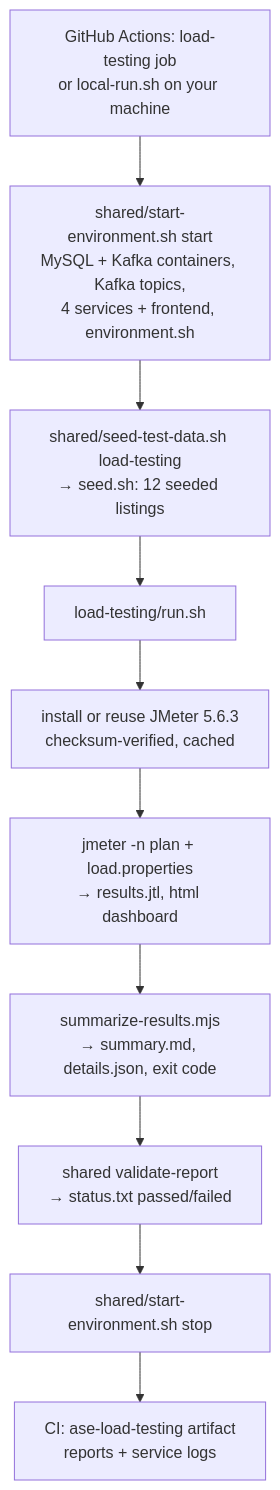
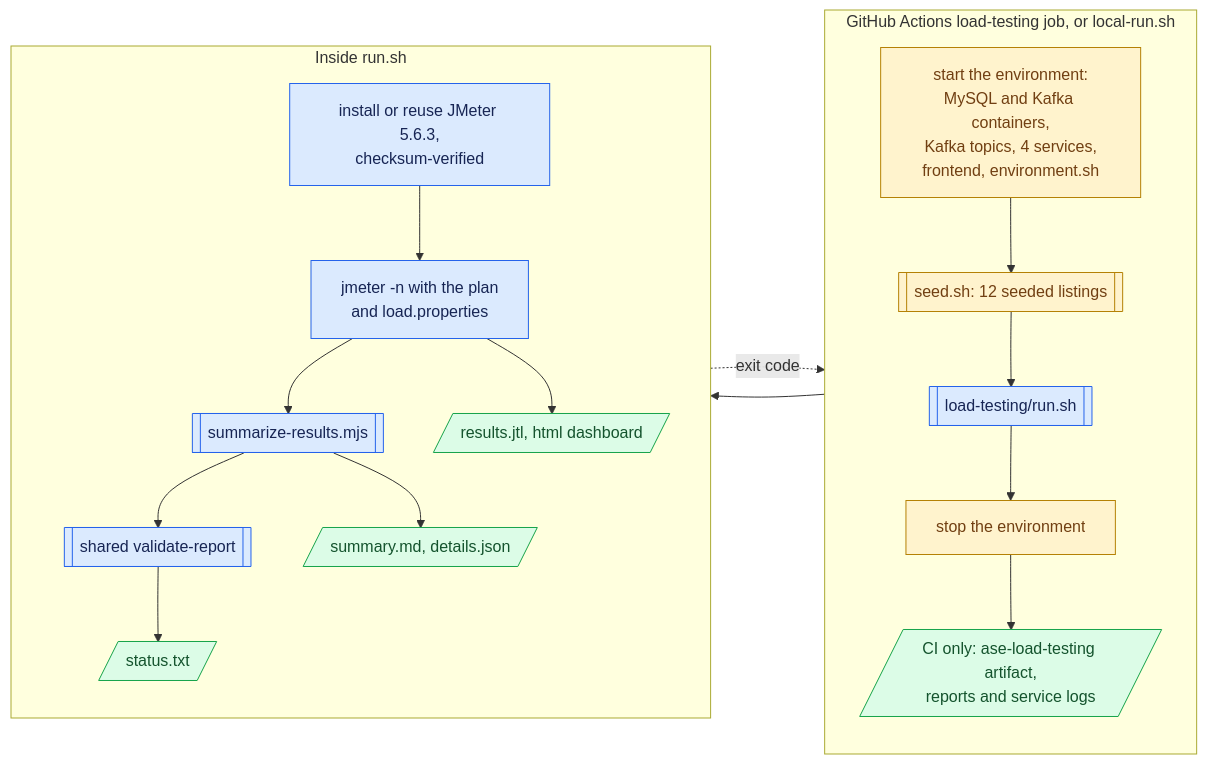
The fifth of 5 diagrams in testing-pipeline/load-testing/README.md (IT24103447/LostandFoundApp), drawn with Mermaid before and after one commit. The commit also changed other lines of this file, not shown here.

Commit message:
Rewrite the load-testing README for the extended plan: design rationale, output and report guide, diagrams

````diff
--- a/testing-pipeline/load-testing/README.md
+++ b/testing-pipeline/load-testing/README.md
@@ -184,12 +259,27 @@
 ```mermaid
-flowchart TD
-    T[GitHub Actions: load-testing job<br/>or local-run.sh on your machine] --> E[shared/start-environment.sh start<br/>MySQL + Kafka containers, Kafka topics,<br/>4 services + frontend, environment.sh]
-    E --> S[shared/seed-test-data.sh load-testing<br/>→ seed.sh: 12 seeded listings]
-    S --> R[load-testing/run.sh]
-    R --> J1[install or reuse JMeter 5.6.3<br/>checksum-verified, cached]
-    J1 --> J2[jmeter -n plan + load.properties<br/>→ results.jtl, html dashboard]
-    J2 --> J3[summarize-results.mjs<br/>→ summary.md, details.json, exit code]
-    J3 --> V[shared validate-report<br/>→ status.txt passed/failed]
-    V --> X[shared/start-environment.sh stop]
-    X --> A[CI: ase-load-testing artifact<br/>reports + service logs]
+flowchart LR
+    subgraph JOB [GitHub Actions load-testing job, or local-run.sh]
+        direction TB
+        E[start the environment:<br/>MySQL and Kafka containers,<br/>Kafka topics, 4 services,<br/>frontend, environment.sh] --> SD[[seed.sh: 12 seeded listings]] --> R[[load-testing/run.sh]] --> X[stop the environment] --> AR[/CI only: ase-load-testing artifact,<br/>reports and service logs/]
+    end
+    subgraph RUN [Inside run.sh]
+        direction TB
+        J1[install or reuse JMeter 5.6.3,<br/>checksum-verified] --> J2[jmeter -n with the plan<br/>and load.properties] --> J3[[summarize-results.mjs]] --> J4[[shared validate-report]]
+        J2 --> O0[/results.jtl, html dashboard/]
+        J3 --> O1[/summary.md, details.json/]
+        J4 --> O2[/status.txt/]
+    end
+    R --> J1
+    J4 -. exit code .-> R
+    classDef user fill:#dbeafe,stroke:#2563eb,color:#172554
+    classDef partner fill:#ede9fe,stroke:#7c3aed,color:#3b0764
+    classDef admin fill:#ccfbf1,stroke:#0d9488,color:#134e4a
+    classDef decision fill:#fff3cd,stroke:#b58105,color:#713f12
+    classDef retry fill:#fee2e2,stroke:#dc2626,color:#7f1d1d
+    classDef result fill:#dcfce7,stroke:#16a34a,color:#14532d
+    classDef edge fill:#f3f4f6,stroke:#6b7280,color:#111827
+    class E,SD,X decision
+    class R,J1,J2 user
+    class J3,J4 user
+    class O0,O1,O2,AR result
 ```
````
